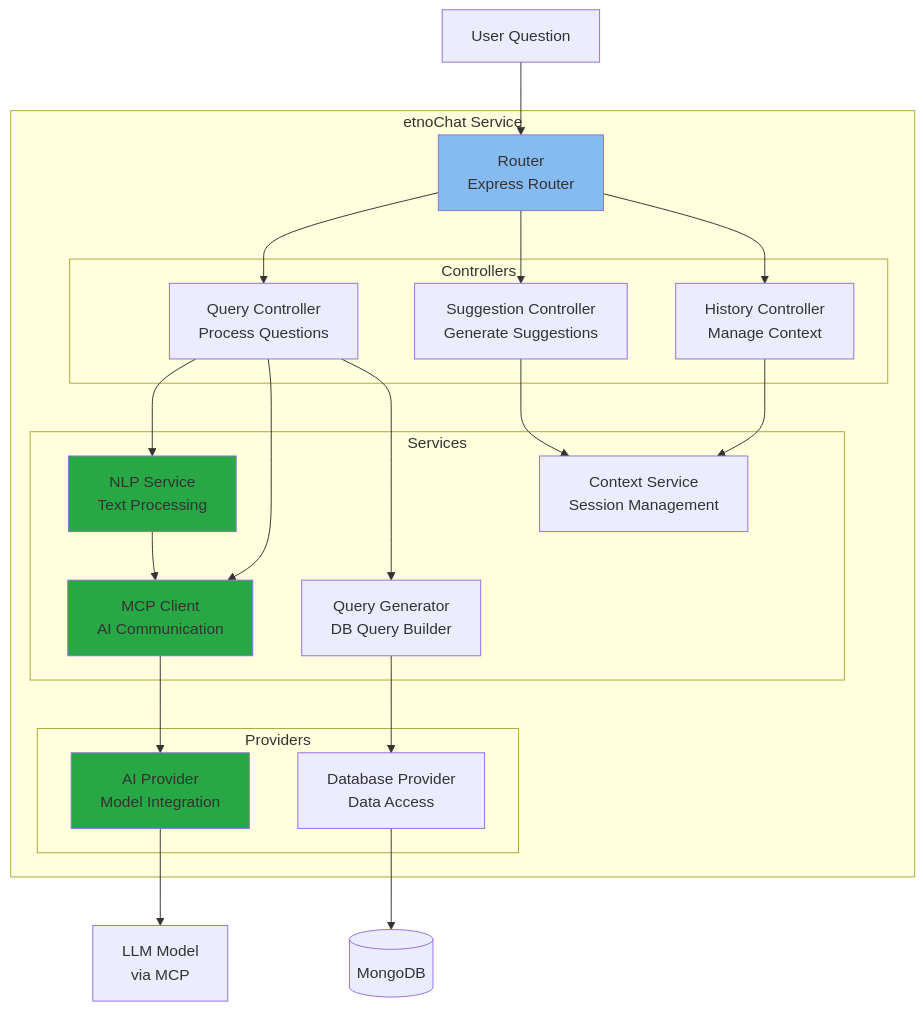
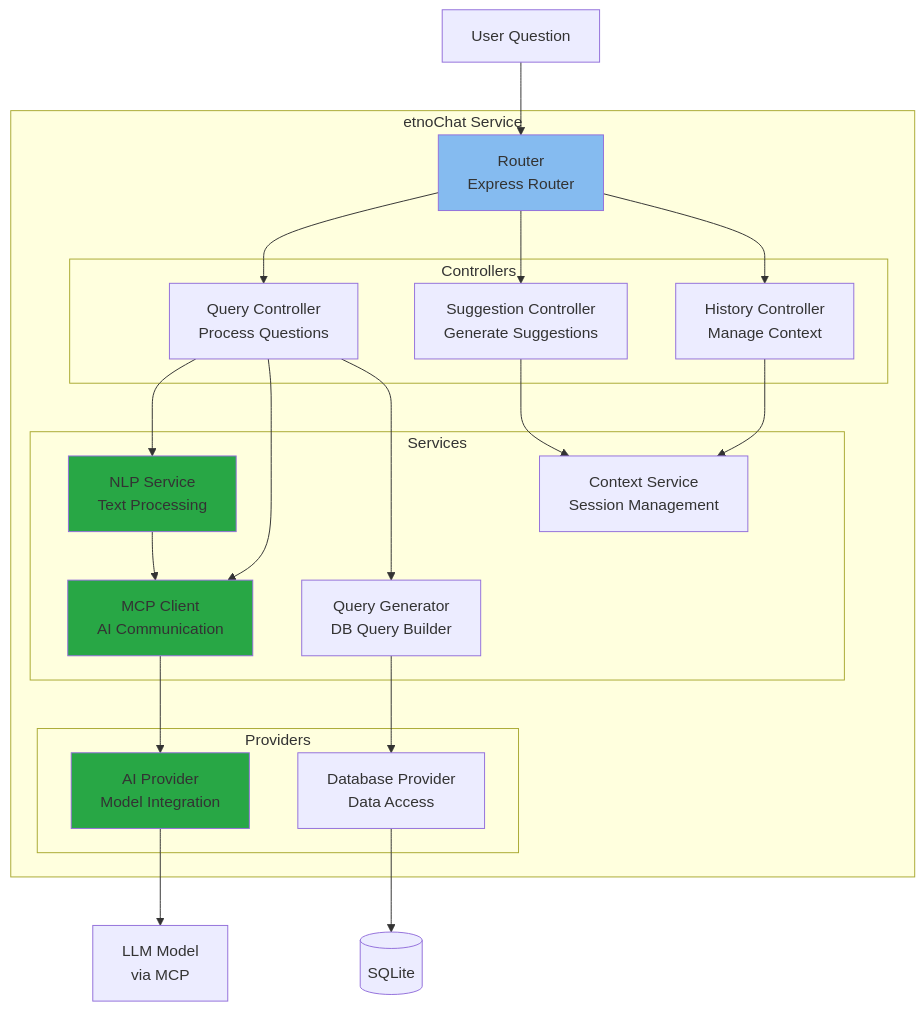
Before and after one commit to edalcin/Arquitetura-BioCultural: the sixth of 7 diagrams in docs/c4-model/03-component-diagram.md, drawn with Mermaid. The commit also changed other lines of this file and 13 other files, not shown here.

````diff
--- a/docs/c4-model/03-component-diagram.md
+++ b/docs/c4-model/03-component-diagram.md
@@ -1572,47 +1572,47 @@
 ```mermaid
 graph TB
     subgraph "etnoChat Service"
         ROUTER_CHAT[Router<br/>Express Router]
 
         subgraph "Controllers"
             QC[Query Controller<br/>Process Questions]
             SC[Suggestion Controller<br/>Generate Suggestions]
             HC[History Controller<br/>Manage Context]
         end
 
         subgraph "Services"
             NLP[NLP Service<br/>Text Processing]
             MCP_SVC[MCP Client<br/>AI Communication]
             CTX[Context Service<br/>Session Management]
             QG[Query Generator<br/>DB Query Builder]
         end
 
         subgraph "Providers"
             AI[AI Provider<br/>Model Integration]
             DB_PROV[Database Provider<br/>Data Access]
         end
     end
 
     USER[User Question] --> ROUTER_CHAT
     ROUTER_CHAT --> QC
     ROUTER_CHAT --> SC
     ROUTER_CHAT --> HC
 
     QC --> NLP
     QC --> MCP_SVC
     QC --> QG
     SC --> CTX
     HC --> CTX
 
     NLP --> MCP_SVC
     MCP_SVC --> AI
     QG --> DB_PROV
 
     AI --> LLM[LLM Model<br/>via MCP]
-    DB_PROV --> DB_CHAT[(MongoDB)]
+    DB_PROV --> DB_CHAT[(SQLite)]
 
     style ROUTER_CHAT fill:#85bbf0
     style NLP fill:#28a745
     style MCP_SVC fill:#28a745
     style AI fill:#28a745
 ```
````
